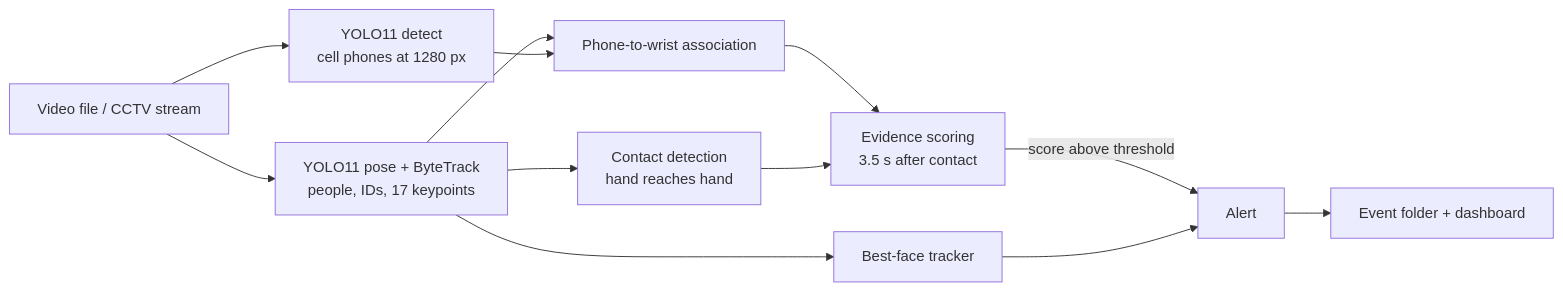
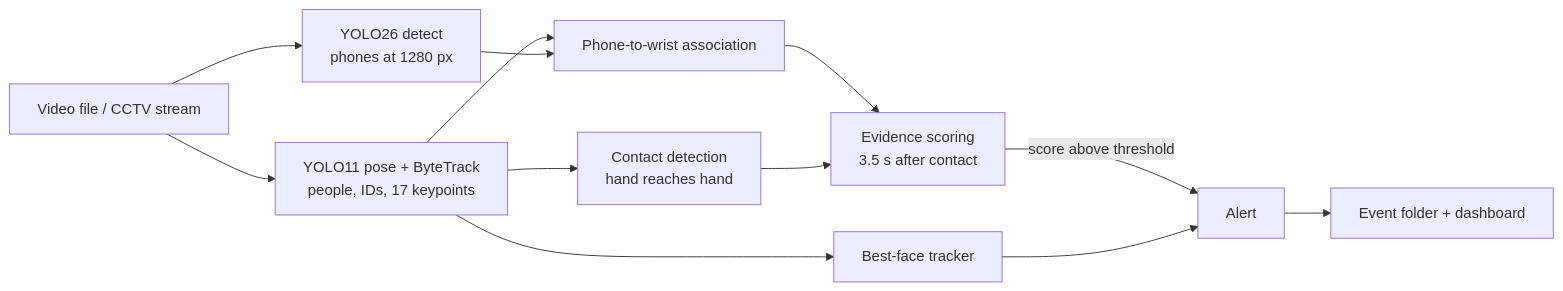
The diagram in README.md (sanaulislamzihad/Phone-Snatch-detector), drawn with Mermaid before and after one commit. The commit also changed other lines of this file and 6 other files, not shown here.

````diff
--- a/README.md
+++ b/README.md
@@ -59,14 +71,14 @@
 ```mermaid
 flowchart LR
     A[Video file / CCTV stream] --> B[YOLO11 pose + ByteTrack<br>people, IDs, 17 keypoints]
-    A --> C[YOLO11 detect<br>cell phones at 1280 px]
+    A --> C[YOLO26 detect<br>phones at 1280 px]
     B --> D[Phone-to-wrist association]
     C --> D
     B --> E[Contact detection<br>hand reaches hand]
     D --> F[Evidence scoring<br>3.5 s after contact]
     E --> F
     B --> G[Best-face tracker]
     F -->|score above threshold| H[Alert]
     G --> H
     H --> I[Event folder + dashboard]
 ```
````
